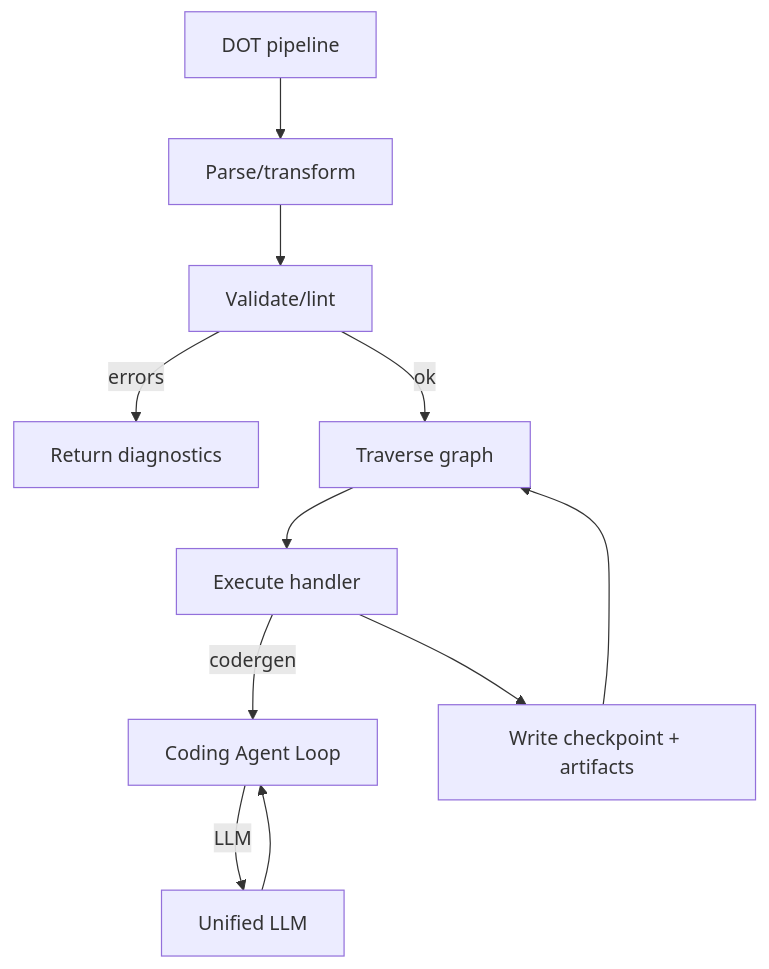
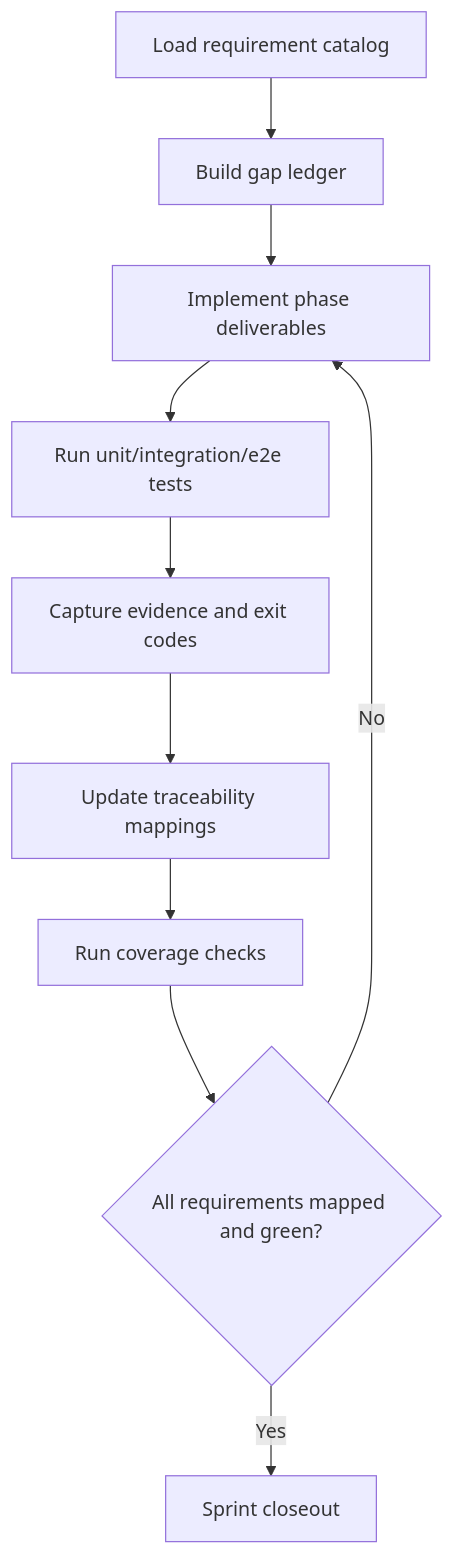
One commit to jaytaylor/attractor-tcl changed the third of 5 diagrams in docs/sprints/SPRINT-003-close-spec-parity-tcl.md. Above: the diagram before and after it, drawn with Mermaid. The commit also changed other lines of this file, not shown here.

Commit message:
docs: mark sprint 003 close-spec plan fully complete with final verification evidence

````diff
--- a/docs/sprints/SPRINT-003-close-spec-parity-tcl.md
+++ b/docs/sprints/SPRINT-003-close-spec-parity-tcl.md
@@ -882,14 +751,12 @@
 ```mermaid
-%% Source: .scratch/diagrams/sprint-003/workflow.mmd
 flowchart TD
-  DOT[DOT pipeline] --> PARSE[Parse/transform]
-  PARSE --> LINT[Validate/lint]
-  LINT -->|errors| STOP[Return diagnostics]
-  LINT -->|ok| RUN[Traverse graph]
-  RUN --> NODE[Execute handler]
-  NODE -->|codergen| CAL[Coding Agent Loop]
-  CAL -->|LLM| ULLM[Unified LLM]
-  ULLM --> CAL
-  NODE --> CKPT[Write checkpoint + artifacts]
-  CKPT --> RUN
+  A[Load requirement catalog] --> B[Build gap ledger]
+  B --> C[Implement phase deliverables]
+  C --> D[Run unit/integration/e2e tests]
+  D --> E[Capture evidence and exit codes]
+  E --> F[Update traceability mappings]
+  F --> G[Run coverage checks]
+  G --> H{All requirements mapped and green?}
+  H -->|No| C
+  H -->|Yes| I[Sprint closeout]
 ```
````
